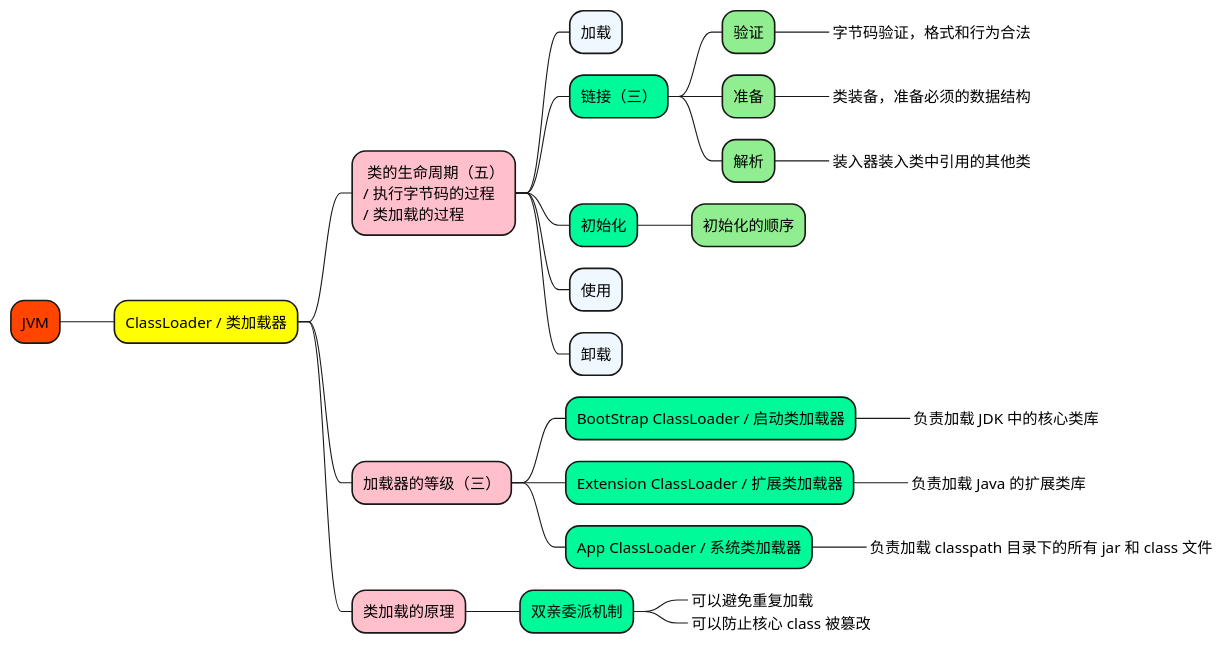
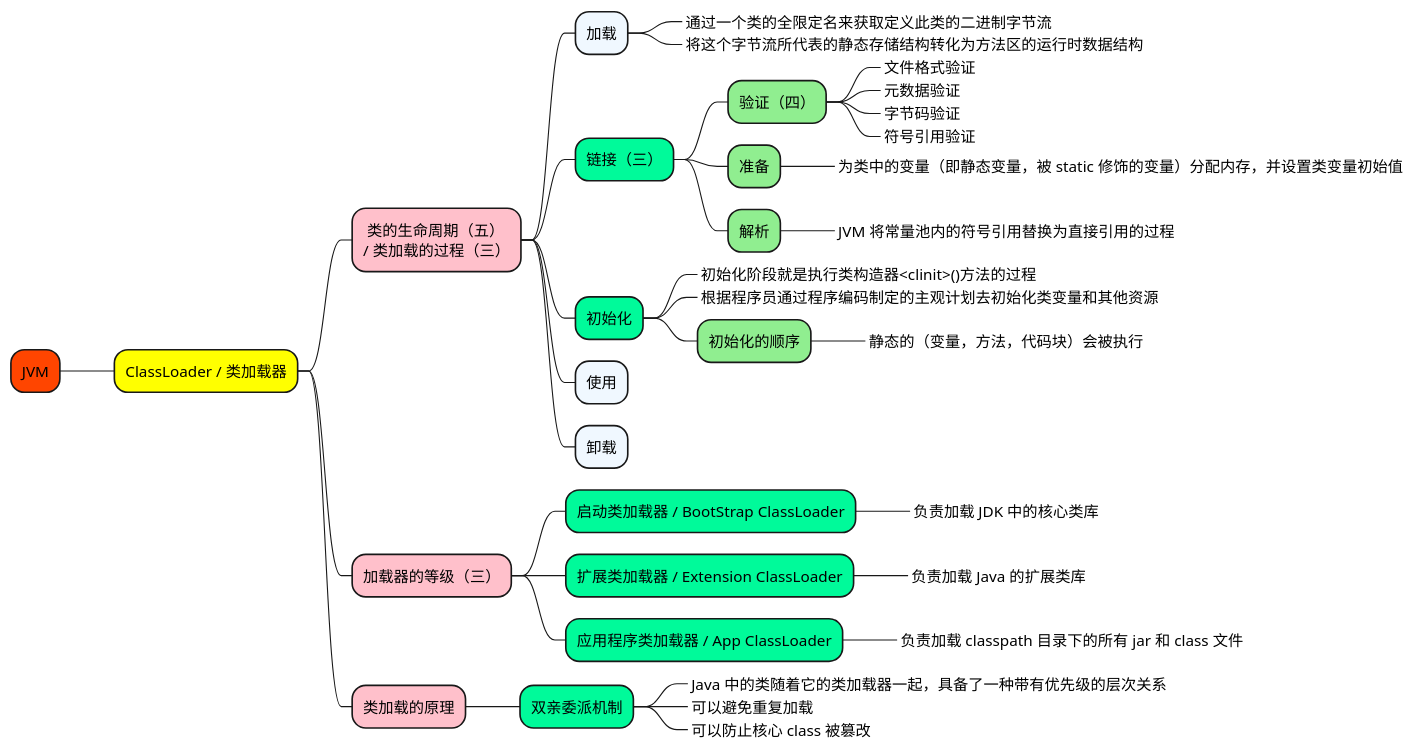
The diagram in 1_map/java/JVM-类加载器.puml (doveg/self-cultivation-of-a-software-engineer), drawn with PlantUML before and after one commit. The commit also changed 11 other files, not shown here.

```diff
--- a/1_map/java/JVM-类加载器.puml
+++ b/1_map/java/JVM-类加载器.puml
@@ -1,39 +1,52 @@
 @startmindmap
 
 +[#OrangeRed] JVM
 
 ++[#yellow] ClassLoader / 类加载器
 
 ***[#Pink]: 类的生命周期（五）
-/ 执行字节码的过程
-/ 类加载的过程;
+/ 类加载的过程（三）;
 ++++[#AliceBlue] 加载
++++++[#Aquamarine]_ 通过一个类的全限定名来获取定义此类的二进制字节流
++++++[#Aquamarine]_ 将这个字节流所代表的静态存储结构转化为方法区的运行时数据结构
+
 ++++[#MediumSpringGreen] 链接（三）
-+++++[#LightGreen] 验证
-++++++_ 字节码验证，格式和行为合法
++++++[#LightGreen] 验证（四）
+++++++[#Aquamarine]_ 文件格式验证
+++++++[#Aquamarine]_ 元数据验证
+++++++[#Aquamarine]_ 字节码验证
+++++++[#Aquamarine]_ 符号引用验证
+
 +++++[#LightGreen] 准备
-++++++_ 类装备，准备必须的数据结构
+++++++[#Aquamarine]_ 为类中的变量（即静态变量，被 static 修饰的变量）分配内存，并设置类变量初始值
+
 +++++[#LightGreen] 解析
-++++++_ 装入器装入类中引用的其他类
+++++++[#Aquamarine]_ JVM 将常量池内的符号引用替换为直接引用的过程
+
 ++++[#MediumSpringGreen] 初始化
++++++[#Aquamarine]_ 初始化阶段就是执行类构造器<clinit>()方法的过程
++++++[#Aquamarine]_ 根据程序员通过程序编码制定的主观计划去初始化类变量和其他资源
 +++++[#LightGreen] 初始化的顺序
+++++++[#Aquamarine]_ 静态的（变量，方法，代码块）会被执行
+
 ++++[#AliceBlue] 使用
 ++++[#AliceBlue] 卸载
 
 
 +++[#Pink]  加载器的等级（三）
-++++[#MediumSpringGreen] BootStrap ClassLoader / 启动类加载器
+++++[#MediumSpringGreen] 启动类加载器 / BootStrap ClassLoader
 +++++[#AliceBlue]_ 负责加载 JDK 中的核心类库
-++++[#MediumSpringGreen] Extension ClassLoader / 扩展类加载器
+++++[#MediumSpringGreen] 扩展类加载器 / Extension ClassLoader
 +++++[#AliceBlue]_ 负责加载 Java 的扩展类库
-++++[#MediumSpringGreen] App ClassLoader / 系统类加载器
+++++[#MediumSpringGreen] 应用程序类加载器 / App ClassLoader
 +++++[#AliceBlue]_ 负责加载 classpath 目录下的所有 jar 和 class 文件
 
 
 +++[#Pink]  类加载的原理
 ++++[#MediumSpringGreen] 双亲委派机制
++++++[#AliceBlue]_ Java 中的类随着它的类加载器一起，具备了一种带有优先级的层次关系
 +++++[#AliceBlue]_ 可以避免重复加载
 +++++[#AliceBlue]_ 可以防止核心 class 被篡改
 
 
 @endmindmap
```
